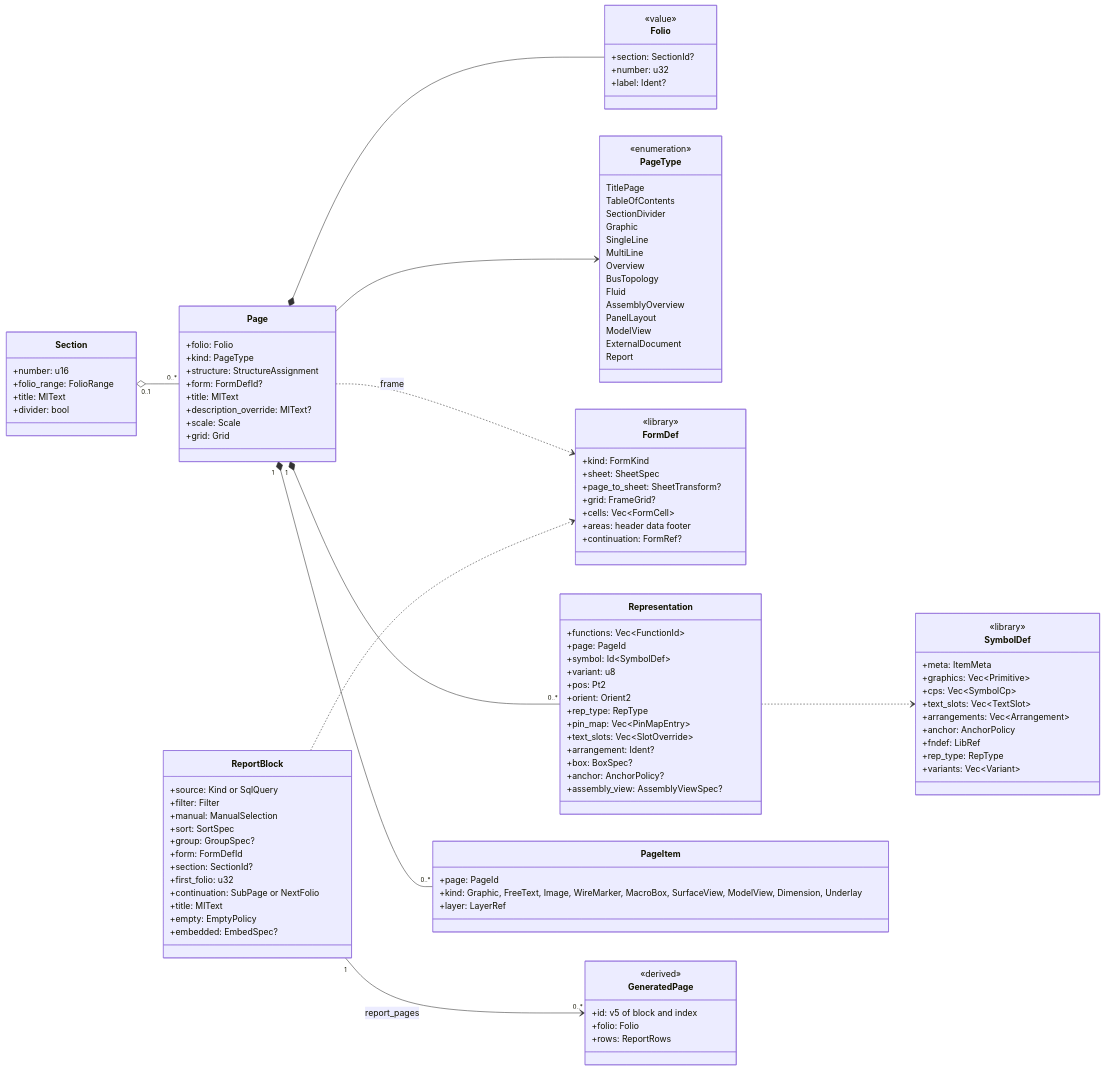
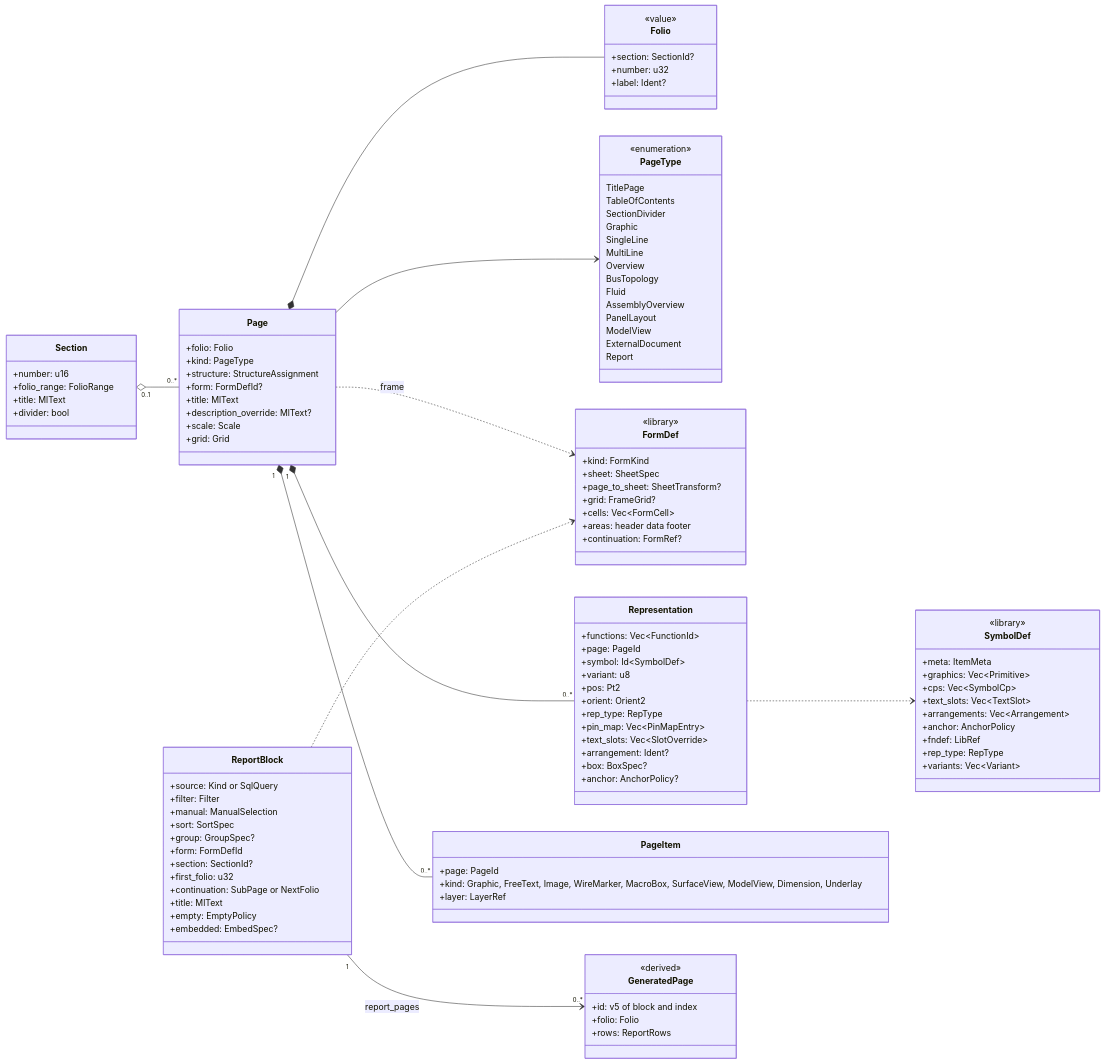
Before and after one commit to Ironkode787/ElektraWatt: the fourth of 20 diagrams in docs/design/03-domain-model.md, drawn with Mermaid. The commit also changed other lines of this file and 16 other files, not shown here.

```diff
--- a/docs/design/03-domain-model.md
+++ b/docs/design/03-domain-model.md
@@ -710,7 +710,6 @@
     +arrangement: Ident?
     +box: BoxSpec?
     +anchor: AnchorPolicy?
-    +assembly_view: AssemblyViewSpec?
   }
   class SymbolDef {
     <<library>>
```
